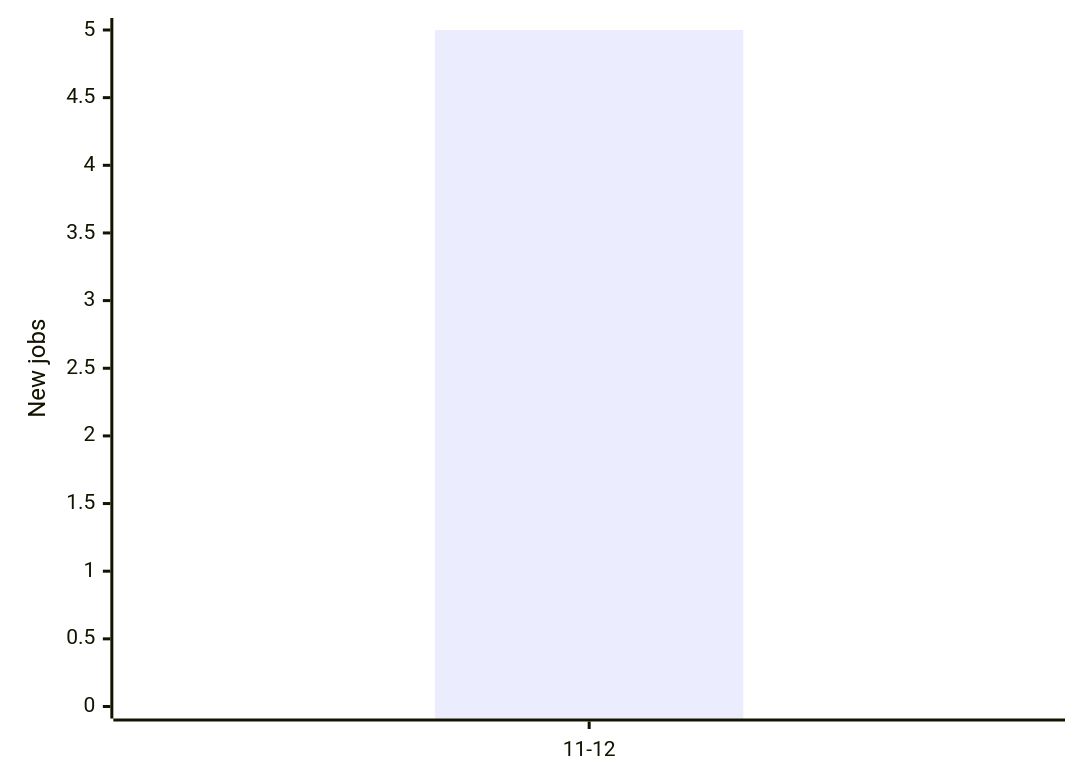
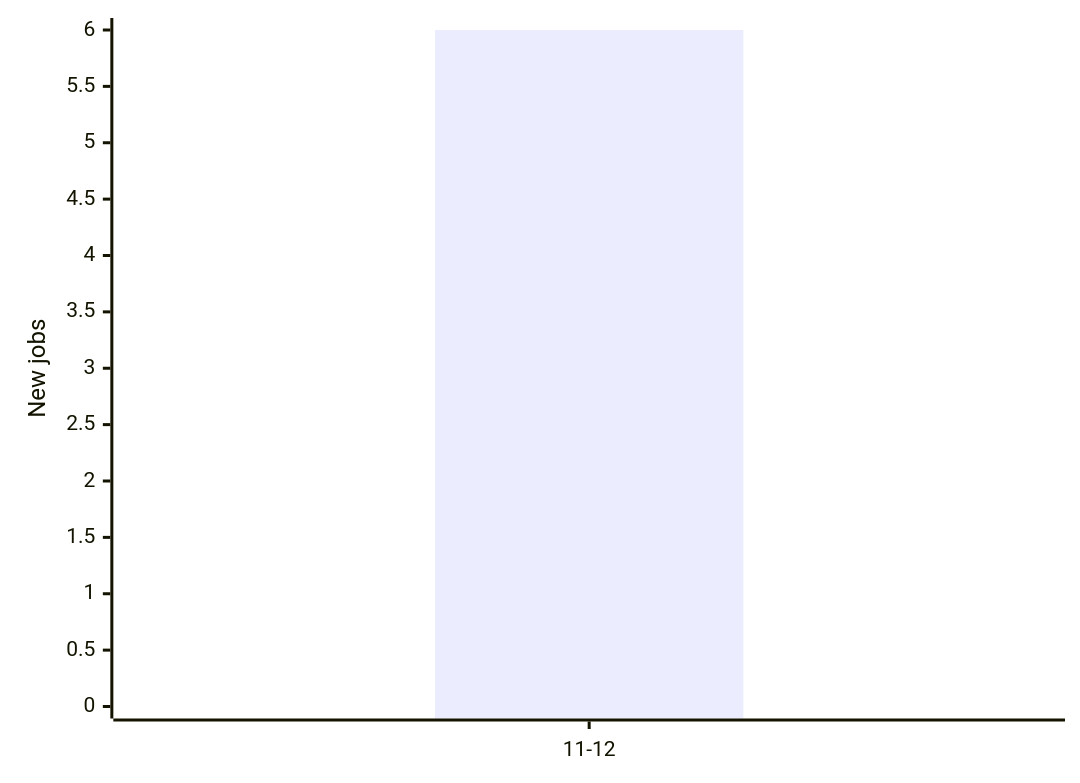
Before and after one commit to Mwangimark/frontend-job-tracker: the diagram in README.md, drawn with Mermaid. The commit also changed other lines of this file and 2 other files, not shown here.

````diff
--- a/README.md
+++ b/README.md
@@ -12,7 +16,7 @@
 ```mermaid
 xychart-beta
     x-axis ["11-12"]
-    y-axis "New jobs" 0 --> 5
-    bar [5]
-    line [2]
+    y-axis "New jobs" 0 --> 6
+    bar [6]
+    line [3]
 ```
````
